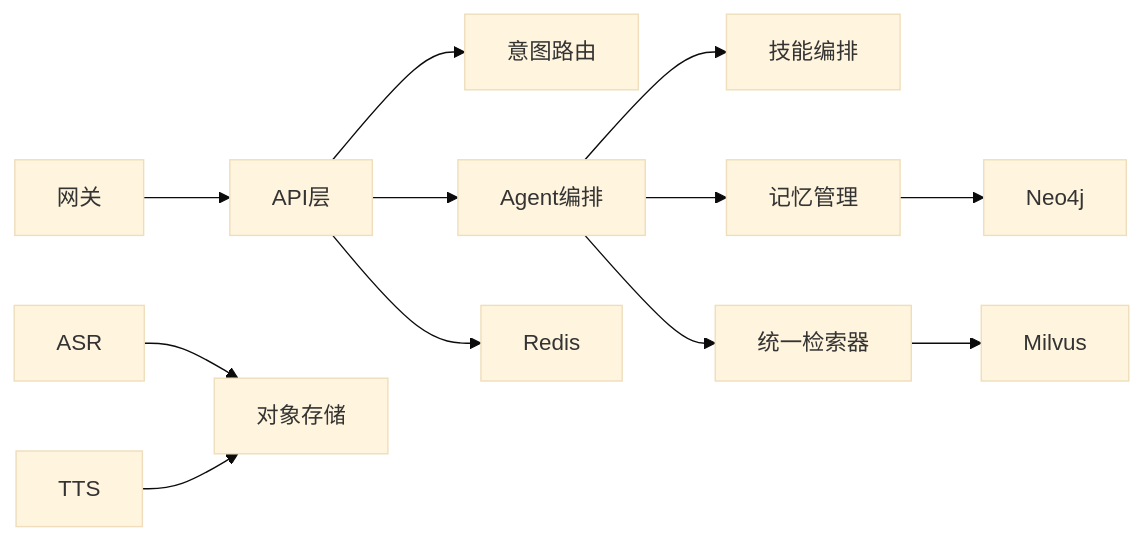
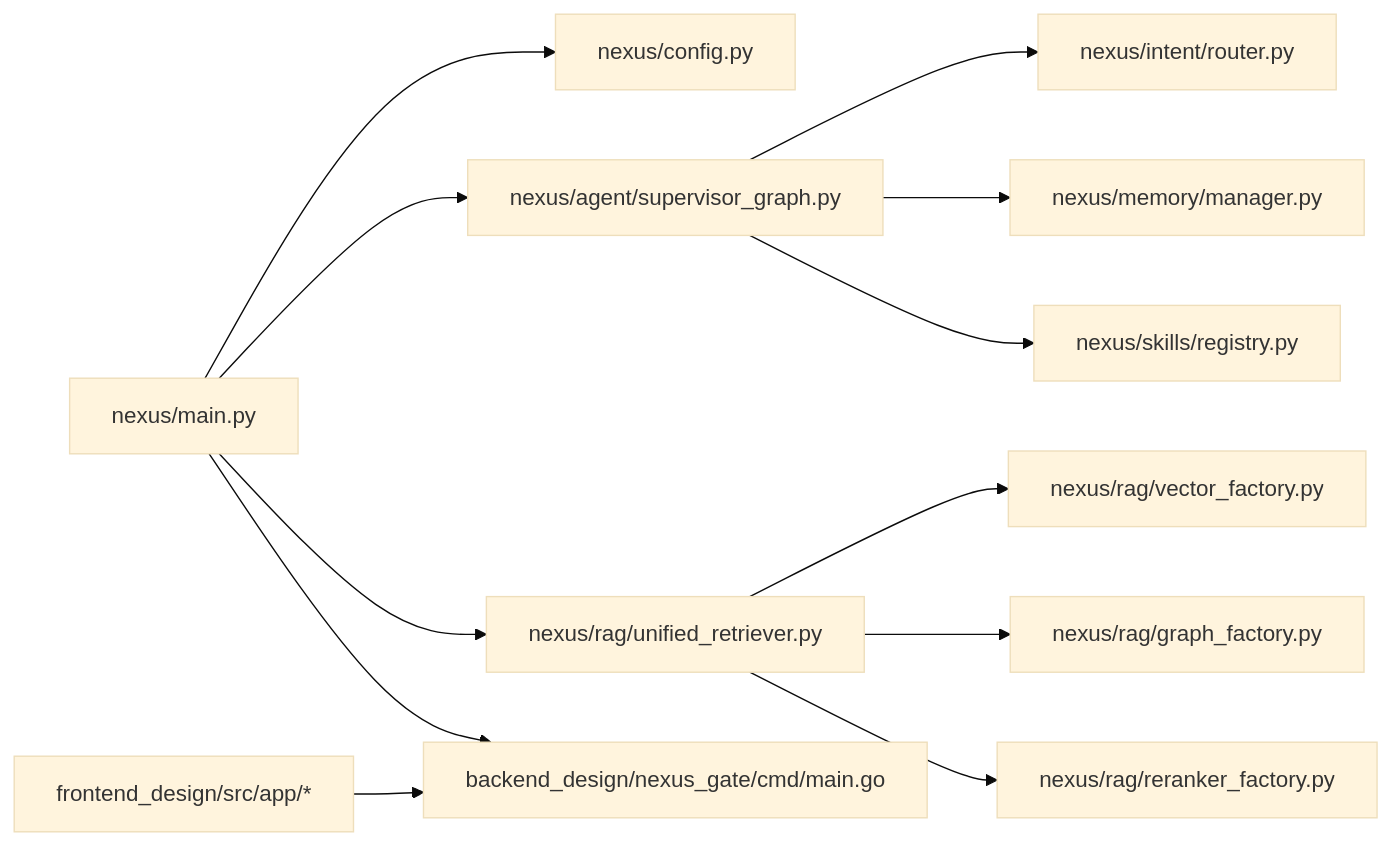
One commit to zmdhdu/NexusCockpit changed the seventh of 7 diagrams in .qoder/repowiki/zh/content/项目概述/项目概述.md. Above: the diagram before and after it, drawn with Mermaid (base theme). The commit also changed other lines of this file and 516 other files, not shown here.

````diff
--- a/.qoder/repowiki/zh/content/项目概述/项目概述.md
+++ b/.qoder/repowiki/zh/content/项目概述/项目概述.md
@@ -375,14 +310,14 @@
 ```mermaid
 graph LR
-GW["网关"] --> API["API层"]
-API --> INTENT["意图路由"]
-API --> AGENT["Agent编排"]
-AGENT --> SKILLS["技能编排"]
-AGENT --> MEMORY["记忆管理"]
-AGENT --> RAG["统一检索器"]
-MEMORY --> NEO["Neo4j"]
-RAG --> MIL["Milvus"]
-API --> REDIS["Redis"]
-ASR["ASR"] --> OSS["对象存储"]
-TTS["TTS"] --> OSS
+Main["nexus/main.py"] --> Config["nexus/config.py"]
+Main --> Agent["nexus/agent/supervisor_graph.py"]
+Main --> RAG["nexus/rag/unified_retriever.py"]
+Agent --> Intent["nexus/intent/router.py"]
+Agent --> Memory["nexus/memory/manager.py"]
+Agent --> Skills["nexus/skills/registry.py"]
+RAG --> Vector["nexus/rag/vector_factory.py"]
+RAG --> Graph["nexus/rag/graph_factory.py"]
+RAG --> Rerank["nexus/rag/reranker_factory.py"]
+Main --> Gateway["backend_design/nexus_gate/cmd/main.go"]
+Frontend["frontend_design/src/app/*"] --> Gateway
 ```
````
